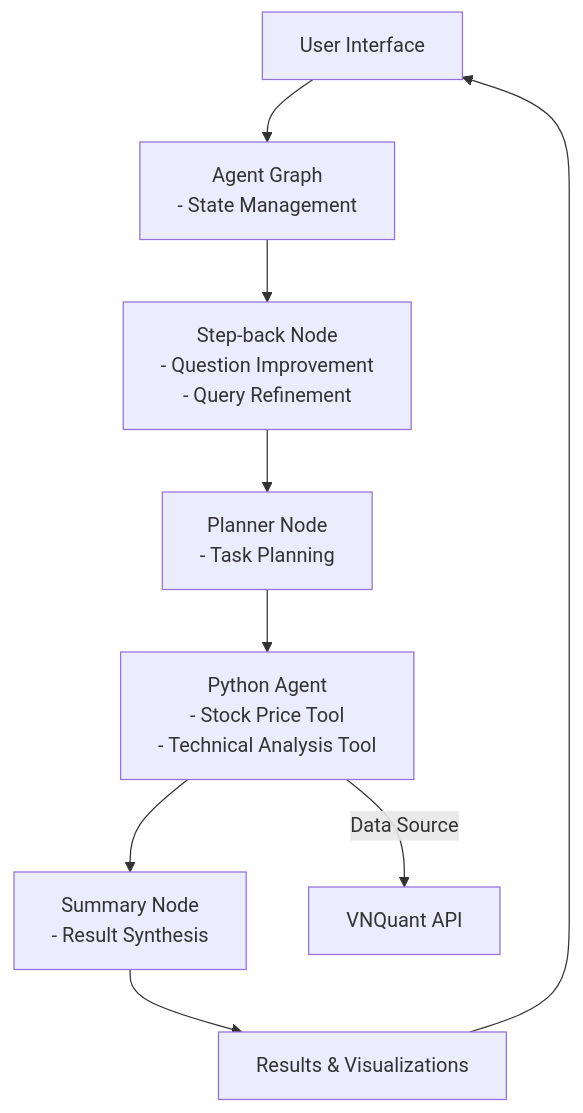
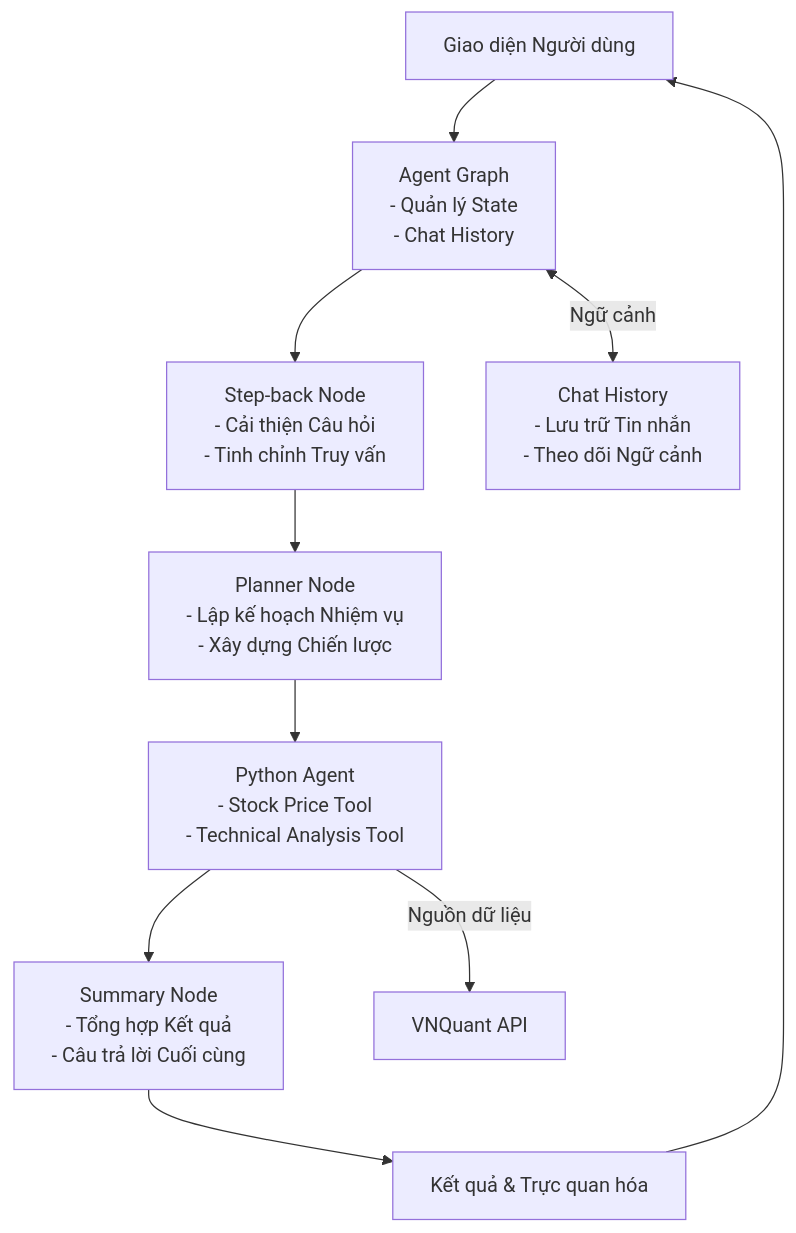
Before and after one commit to tranduythanh/Build-GenAI-Course-DataScienceWorld.Kan: the diagram in unit09/stock-quant/README.md, drawn with Mermaid. The commit also changed other lines of this file and 3 other files, not shown here.

````diff
--- a/unit09/stock-quant/README.md
+++ b/unit09/stock-quant/README.md
@@ -38,15 +61,18 @@
 ```mermaid
 graph TD
-    A[User Interface] --> B[Agent Graph<br/>- State Management]
+    A[Giao diện Người dùng] --> B[Agent Graph<br/>- Quản lý State<br/>- Chat History]
     
-    %% Workflow Path
-    B --> C[Step-back Node<br/>- Question Improvement<br/>- Query Refinement]
-    C --> D[Planner Node<br/>- Task Planning]
+    %% Đường dẫn Quy trình
+    B --> C[Step-back Node<br/>- Cải thiện Câu hỏi<br/>- Tinh chỉnh Truy vấn]
+    C --> D[Planner Node<br/>- Lập kế hoạch Nhiệm vụ<br/>- Xây dựng Chiến lược]
     D --> E[Python Agent<br/>- Stock Price Tool<br/>- Technical Analysis Tool]
-    E --> F[Summary Node<br/>- Result Synthesis]
-    F --> G[Results & Visualizations]
+    E --> F[Summary Node<br/>- Tổng hợp Kết quả<br/>- Câu trả lời Cuối cùng]
+    F --> G[Kết quả & Trực quan hóa]
     G --> A
     
-    %% Data Source Connection
-    E -->|Data Source| H[VNQuant API]
+    %% Kết nối Nguồn dữ liệu
+    E -->|Nguồn dữ liệu| H[VNQuant API]
+    
+    %% Lịch sử Chat
+    B <-->|Ngữ cảnh| I[Chat History<br/>- Lưu trữ Tin nhắn<br/>- Theo dõi Ngữ cảnh]
 ```
````
